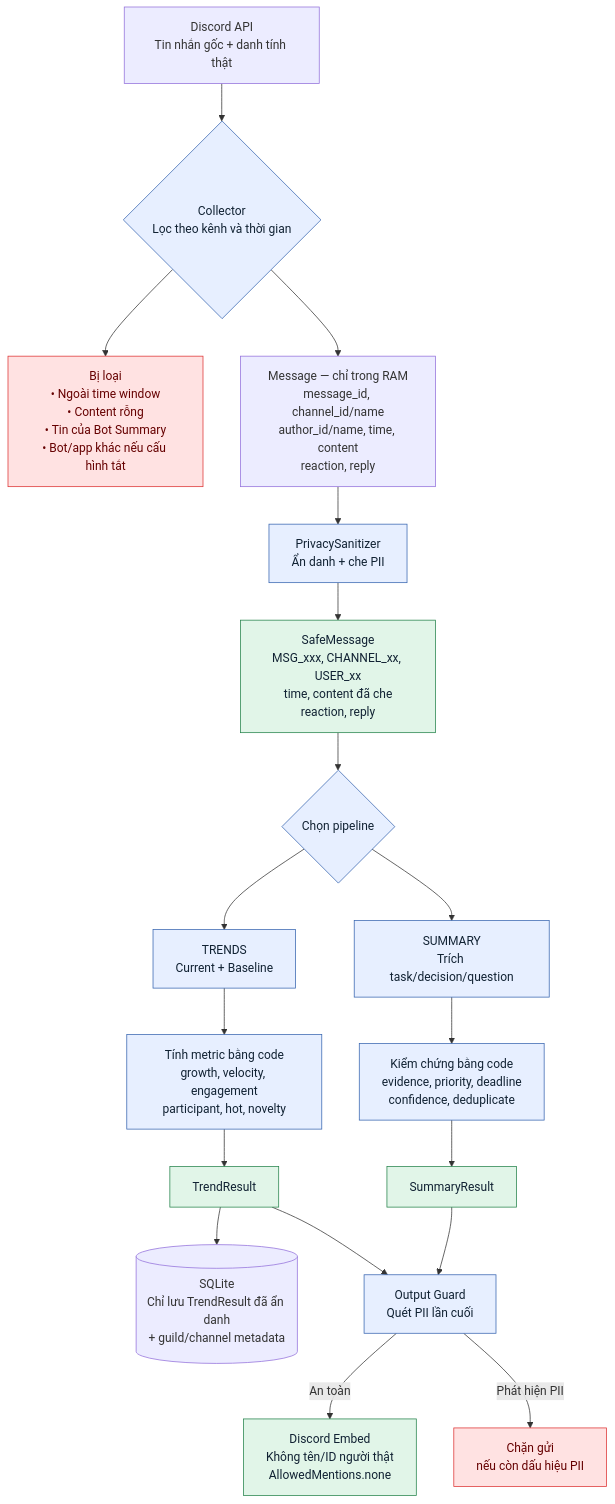
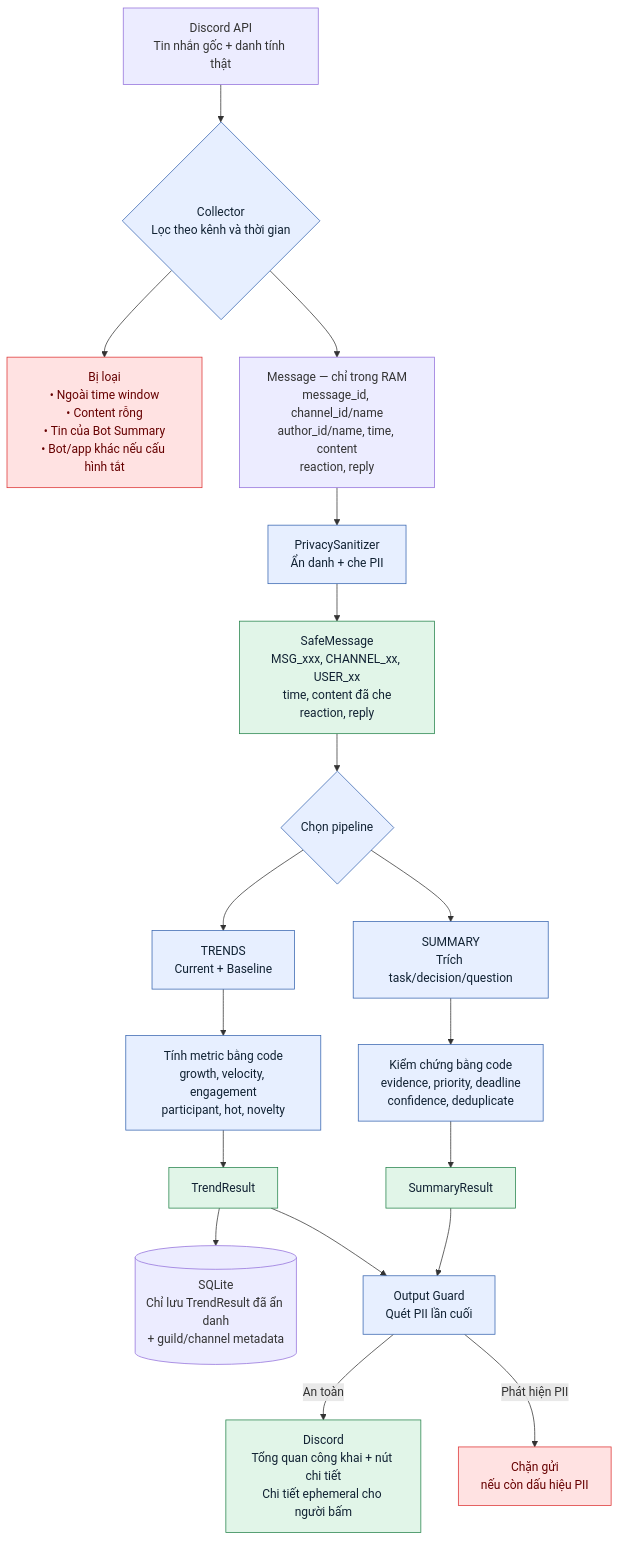
Before and after one commit to ChauTungDuong/K4-3B-E403-AGI: the first of 4 diagrams in codebase/bot-discord/bot_summary/DATA_FLOW.md, drawn with Mermaid. The commit also changed 4 other files, not shown here.

````diff
--- a/codebase/bot-discord/bot_summary/DATA_FLOW.md
+++ b/codebase/bot-discord/bot_summary/DATA_FLOW.md
@@ -7,42 +7,42 @@
 ```mermaid
 flowchart TD
     A["Discord API<br/>Tin nhắn gốc + danh tính thật"]
     B{"Collector<br/>Lọc theo kênh và thời gian"}
     DROP["Bị loại<br/>• Ngoài time window<br/>• Content rỗng<br/>• Tin của Bot Summary<br/>• Bot/app khác nếu cấu hình tắt"]
     RAW["Message — chỉ trong RAM<br/>message_id, channel_id/name<br/>author_id/name, time, content<br/>reaction, reply"]
     P["PrivacySanitizer<br/>Ẩn danh + che PII"]
     SAFE["SafeMessage<br/>MSG_xxx, CHANNEL_xx, USER_xx<br/>time, content đã che<br/>reaction, reply"]
     S{"Chọn pipeline"}
     SUM["SUMMARY<br/>Trích task/decision/question"]
     TREND["TRENDS<br/>Current + Baseline"]
     SV["Kiểm chứng bằng code<br/>evidence, priority, deadline<br/>confidence, deduplicate"]
     TV["Tính metric bằng code<br/>growth, velocity, engagement<br/>participant, hot, novelty"]
     SR["SummaryResult"]
     TR["TrendResult"]
     DB[("SQLite<br/>Chỉ lưu TrendResult đã ẩn danh<br/>+ guild/channel metadata")]
     OG["Output Guard<br/>Quét PII lần cuối"]
-    OUT["Discord Embed<br/>Không tên/ID người thật<br/>AllowedMentions.none"]
+    OUT["Discord<br/>Tổng quan công khai + nút chi tiết<br/>Chi tiết ephemeral cho người bấm"]
     BLOCK["Chặn gửi<br/>nếu còn dấu hiệu PII"]
 
     A --> B
     B --> DROP
     B --> RAW
     RAW --> P
     P --> SAFE
     SAFE --> S
     S --> SUM
     S --> TREND
     SUM --> SV --> SR --> OG
     TREND --> TV --> TR
     TR --> DB
     TR --> OG
     OG -->|An toàn| OUT
     OG -->|Phát hiện PII| BLOCK
 
     classDef danger fill:#ffe2e2,stroke:#d33,color:#600;
     classDef safe fill:#e1f5e8,stroke:#25834b,color:#123;
     classDef process fill:#e7efff,stroke:#3765b0,color:#123;
     class DROP,BLOCK danger;
     class SAFE,SR,TR,OUT safe;
     class B,P,S,SUM,TREND,SV,TV,OG process;
 ```
````
